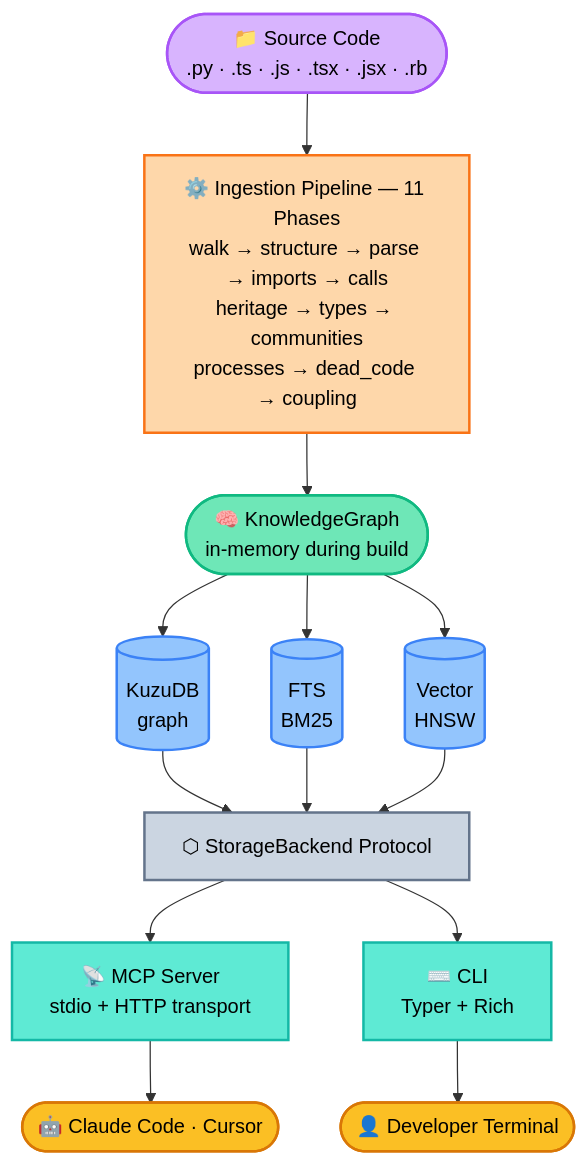
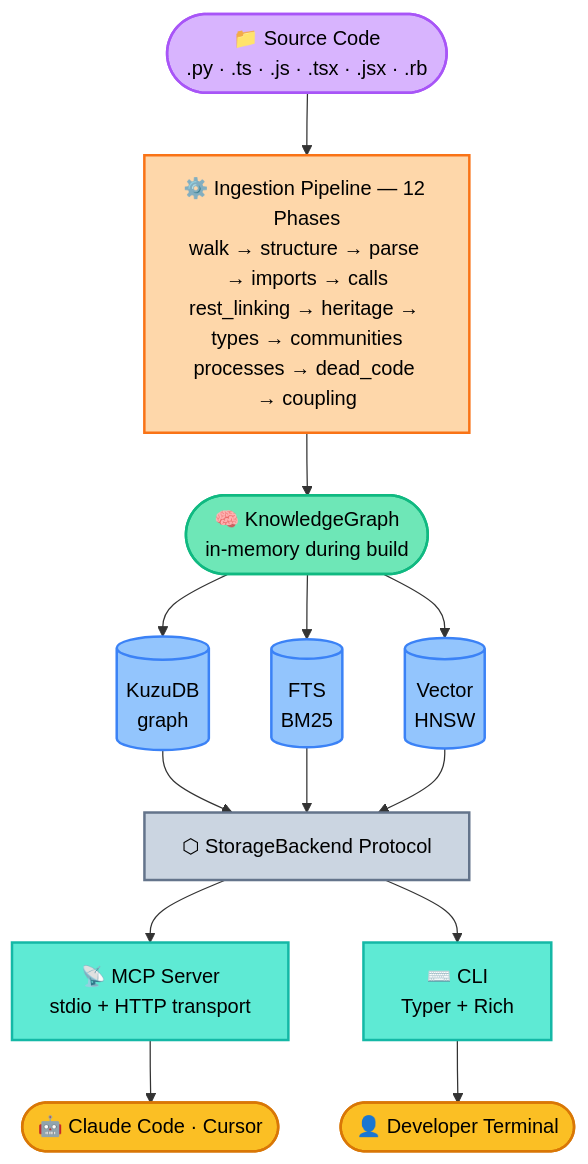
Before and after one commit to scanadi/synaptiq: the second of 2 diagrams in README.md, drawn with Mermaid. The commit also changed other lines of this file and 5 other files, not shown here.

````diff
--- a/README.md
+++ b/README.md
@@ -548,48 +549,48 @@
 ```mermaid
 flowchart TB
     SRC(["📁 Source Code<br/>.py · .ts · .js · .tsx · .jsx · .rb"])
 
-    PIPELINE["⚙️ Ingestion Pipeline — 11 Phases<br/>walk → structure → parse → imports → calls<br/>heritage → types → communities<br/>processes → dead_code → coupling"]
+    PIPELINE["⚙️ Ingestion Pipeline — 12 Phases<br/>walk → structure → parse → imports → calls<br/>rest_linking → heritage → types → communities<br/>processes → dead_code → coupling"]
 
     KG(["🧠 KnowledgeGraph<br/>in-memory during build"])
 
     KUZU[(KuzuDB<br/>graph)]
     FTS[(FTS<br/>BM25)]
     VEC[(Vector<br/>HNSW)]
 
     PROTO["⬡ StorageBackend Protocol"]
 
     MCP_OUT["📡 MCP Server<br/>stdio + HTTP transport"]
     CLI_OUT["⌨️ CLI<br/>Typer + Rich"]
 
     CLAUDE(["🤖 Claude Code · Cursor"])
     DEV(["👤 Developer Terminal"])
 
     SRC --> PIPELINE --> KG
     KG --> KUZU
     KG --> FTS
     KG --> VEC
     KUZU --> PROTO
     FTS --> PROTO
     VEC --> PROTO
     PROTO --> MCP_OUT
     PROTO --> CLI_OUT
     MCP_OUT --> CLAUDE
     CLI_OUT --> DEV
 
     classDef source fill:#d8b4fe,stroke:#a855f7,color:#000,stroke-width:2px
     classDef pipeline fill:#fed7aa,stroke:#f97316,color:#000,stroke-width:2px
     classDef kg fill:#6ee7b7,stroke:#10b981,color:#000,stroke-width:2px
     classDef store fill:#93c5fd,stroke:#3b82f6,color:#000,stroke-width:2px
     classDef proto fill:#cbd5e1,stroke:#64748b,color:#000,stroke-width:2px
     classDef iface fill:#5eead4,stroke:#14b8a6,color:#000,stroke-width:2px
     classDef user fill:#fbbf24,stroke:#d97706,color:#000,stroke-width:2px
 
     class SRC source
     class PIPELINE pipeline
     class KG kg
     class KUZU,FTS,VEC store
     class PROTO proto
     class MCP_OUT,CLI_OUT iface
     class CLAUDE,DEV user
 ```
````
